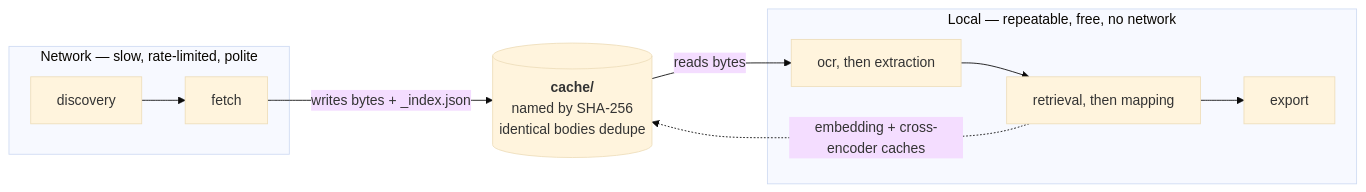
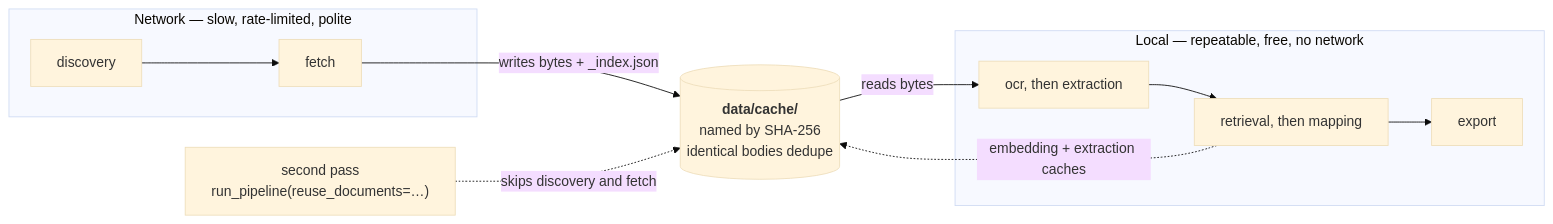
Before and after one commit to ftulabs/law-v2.0: the second of 5 diagrams in docs/ARCHITECTURE.md, drawn with Mermaid (base theme). The commit also changed other lines of this file and 3 other files, not shown here.

````diff
--- a/docs/ARCHITECTURE.md
+++ b/docs/ARCHITECTURE.md
@@ -77,13 +80,14 @@
 ```mermaid
 flowchart LR
     subgraph NET["Network — slow, rate-limited, polite"]
         DISC["discovery"] --> FETCH["fetch"]
     end
-    CACHE[("<b>cache/</b><br/>named by SHA-256<br/>identical bodies dedupe")]
+    CACHE[("<b>data/cache/</b><br/>named by SHA-256<br/>identical bodies dedupe")]
     subgraph LOCAL["Local — repeatable, free, no network"]
         READ["ocr, then extraction"] --> MAP["retrieval, then mapping"] --> EXP["export"]
     end
     FETCH -->|"writes bytes + _index.json"| CACHE
     CACHE -->|"reads bytes"| READ
-    MAP -.->|"embedding + cross-encoder caches"| CACHE
+    MAP -.->|"embedding + extraction caches"| CACHE
+    SP["second pass<br/>run_pipeline(reuse_documents=…)"] -.->|"skips discovery and fetch"| CACHE
 ```
````
